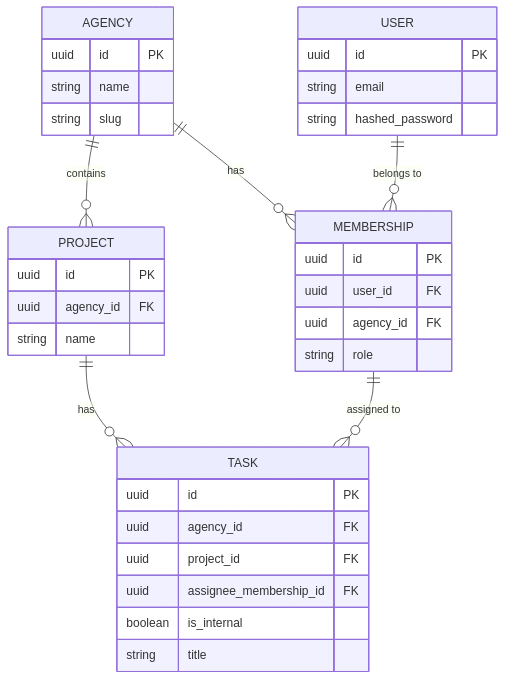
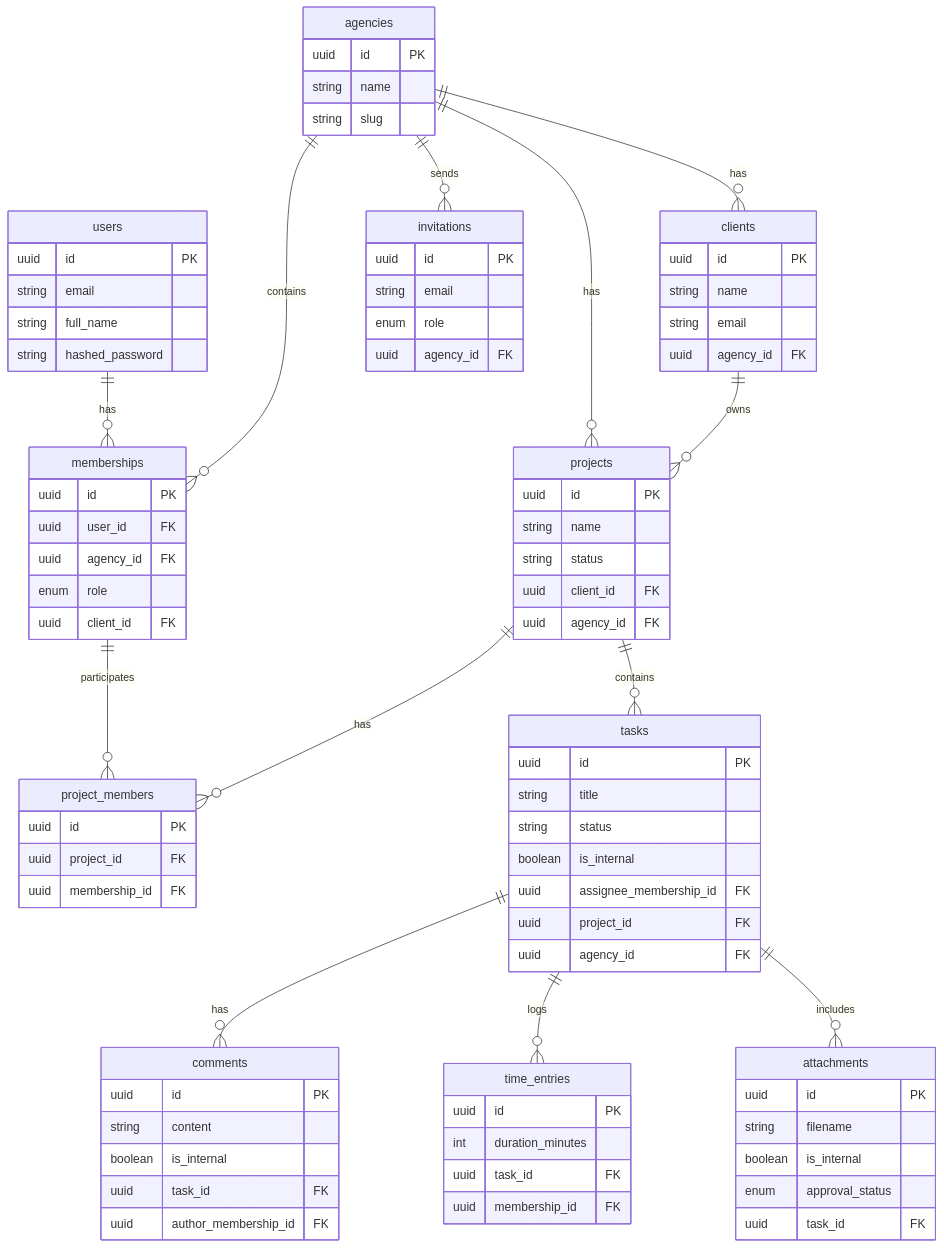
The second of 4 diagrams in README.md (devtyagi3909/agency-desk), drawn with Mermaid before and after one commit. The commit also changed other lines of this file and 8 other files, not shown here.

````diff
--- a/README.md
+++ b/README.md
@@ -36,38 +48,87 @@
 ```mermaid
 erDiagram
-    AGENCY {
+    users ||--o{ memberships : has
+    agencies ||--o{ memberships : contains
+    agencies ||--o{ clients : has
+    agencies ||--o{ projects : has
+    agencies ||--o{ invitations : sends
+    clients ||--o{ projects : owns
+    memberships ||--o{ project_members : participates
+    projects ||--o{ project_members : has
+    projects ||--o{ tasks : contains
+    tasks ||--o{ comments : has
+    tasks ||--o{ time_entries : logs
+    tasks ||--o{ attachments : includes
+    
+    agencies {
         uuid id PK
         string name
         string slug
     }
-    USER {
+    users {
         uuid id PK
         string email
+        string full_name
         string hashed_password
     }
-    MEMBERSHIP {
+    memberships {
         uuid id PK
         uuid user_id FK
         uuid agency_id FK
-        string role
+        enum role
+        uuid client_id FK
     }
-    PROJECT {
+    clients {
         uuid id PK
+        string name
+        string email
         uuid agency_id FK
+    }
+    projects {
+        uuid id PK
         string name
+        string status
+        uuid client_id FK
+        uuid agency_id FK
     }
-    TASK {
+    project_members {
         uuid id PK
+        uuid project_id FK
+        uuid membership_id FK
+    }
+    tasks {
+        uuid id PK
+        string title
+        string status
+        boolean is_internal
+        uuid assignee_membership_id FK
+        uuid project_id FK
         uuid agency_id FK
-        uuid project_id FK
-        uuid assignee_membership_id FK
+    }
+    comments {
+        uuid id PK
+        string content
         boolean is_internal
-        string title
+        uuid task_id FK
+        uuid author_membership_id FK
     }
-
-    AGENCY ||--o{ MEMBERSHIP : "has"
-    USER ||--o{ MEMBERSHIP : "belongs to"
-    AGENCY ||--o{ PROJECT : "contains"
-    PROJECT ||--o{ TASK : "has"
-    MEMBERSHIP ||--o{ TASK : "assigned to"
+    time_entries {
+        uuid id PK
+        int duration_minutes
+        uuid task_id FK
+        uuid membership_id FK
+    }
+    attachments {
+        uuid id PK
+        string filename
+        boolean is_internal
+        enum approval_status
+        uuid task_id FK
+    }
+    invitations {
+        uuid id PK
+        string email
+        enum role
+        uuid agency_id FK
+    }
 ```
````
